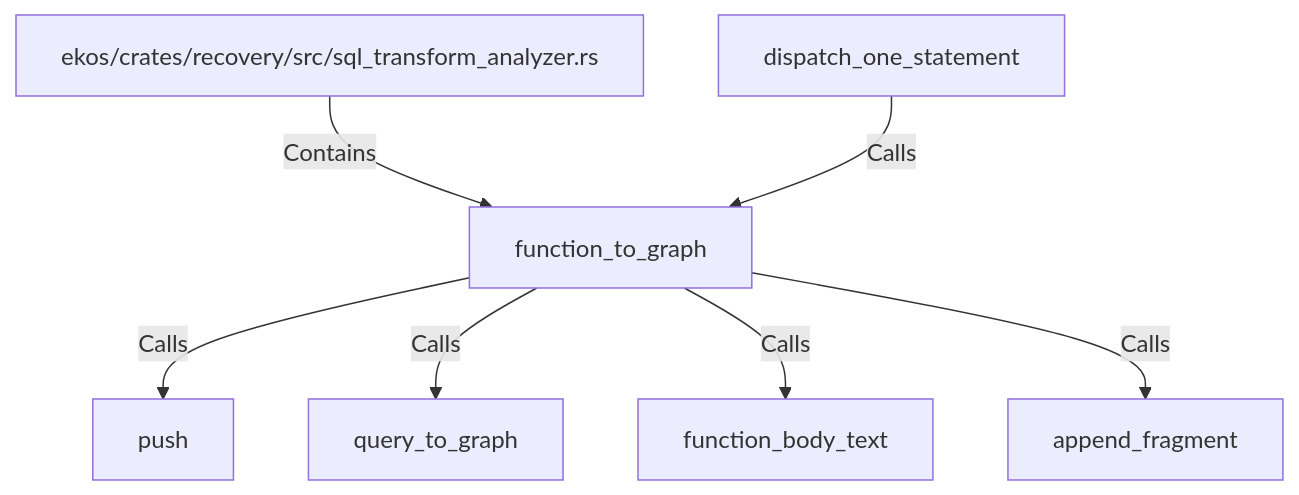
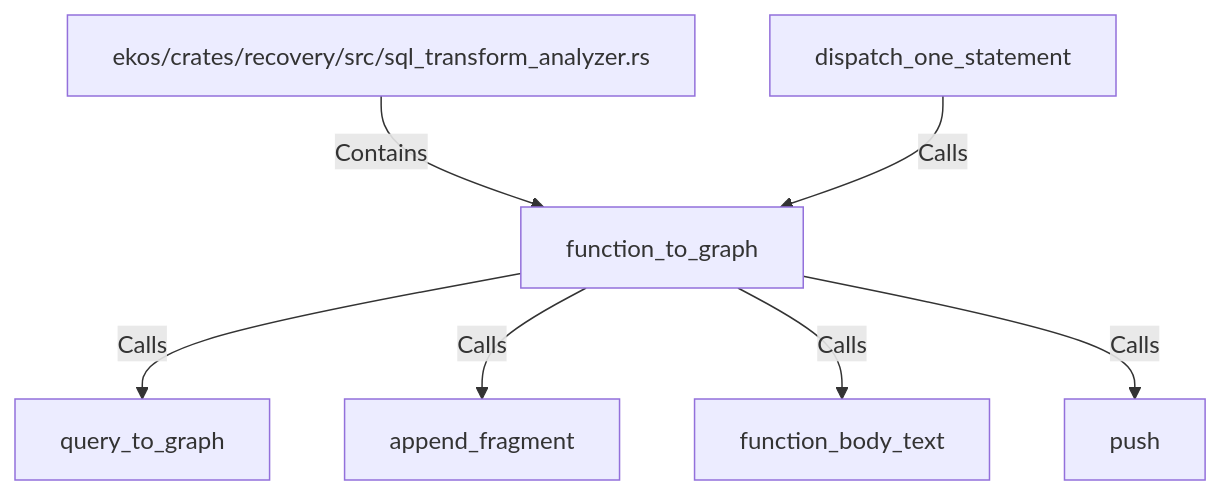
The diagram in doc/entities/rustsymbol/fu/function-to-graph.md (alexeyban/EKOS), drawn with Mermaid before and after one commit. The commit also changed other lines of this file and 552 other files, not shown here.

````diff
--- a/doc/entities/rustsymbol/fu/function-to-graph.md
+++ b/doc/entities/rustsymbol/fu/function-to-graph.md
@@ -25,16 +25,16 @@
 ```mermaid
 graph TD
     nfb4a63c136905beeb4246e26e9a46525["function_to_graph"]
     n987e3fbb31ec576db7947e801336e8c8["ekos/crates/recovery/src/sql_transform_analyzer.rs"]
     n987e3fbb31ec576db7947e801336e8c8 -->|Contains| nfb4a63c136905beeb4246e26e9a46525
     n23b79c8c17485c88b609df3f07bd4779["dispatch_one_statement"]
     n23b79c8c17485c88b609df3f07bd4779 -->|Calls| nfb4a63c136905beeb4246e26e9a46525
+    nf816648ea2ad50bdbd73494fdbbbad49["query_to_graph"]
+    nfb4a63c136905beeb4246e26e9a46525 -->|Calls| nf816648ea2ad50bdbd73494fdbbbad49
+    nc9869d767bdc567da3ec83128f3ac4cd["append_fragment"]
+    nfb4a63c136905beeb4246e26e9a46525 -->|Calls| nc9869d767bdc567da3ec83128f3ac4cd
+    n0ac287c33b3059c8870a4ba97857d319["function_body_text"]
+    nfb4a63c136905beeb4246e26e9a46525 -->|Calls| n0ac287c33b3059c8870a4ba97857d319
     ncc223cbc9afd50869f888c6d484895d1["push"]
     nfb4a63c136905beeb4246e26e9a46525 -->|Calls| ncc223cbc9afd50869f888c6d484895d1
-    nf816648ea2ad50bdbd73494fdbbbad49["query_to_graph"]
-    nfb4a63c136905beeb4246e26e9a46525 -->|Calls| nf816648ea2ad50bdbd73494fdbbbad49
-    n0ac287c33b3059c8870a4ba97857d319["function_body_text"]
-    nfb4a63c136905beeb4246e26e9a46525 -->|Calls| n0ac287c33b3059c8870a4ba97857d319
-    nc9869d767bdc567da3ec83128f3ac4cd["append_fragment"]
-    nfb4a63c136905beeb4246e26e9a46525 -->|Calls| nc9869d767bdc567da3ec83128f3ac4cd
 ```
````
